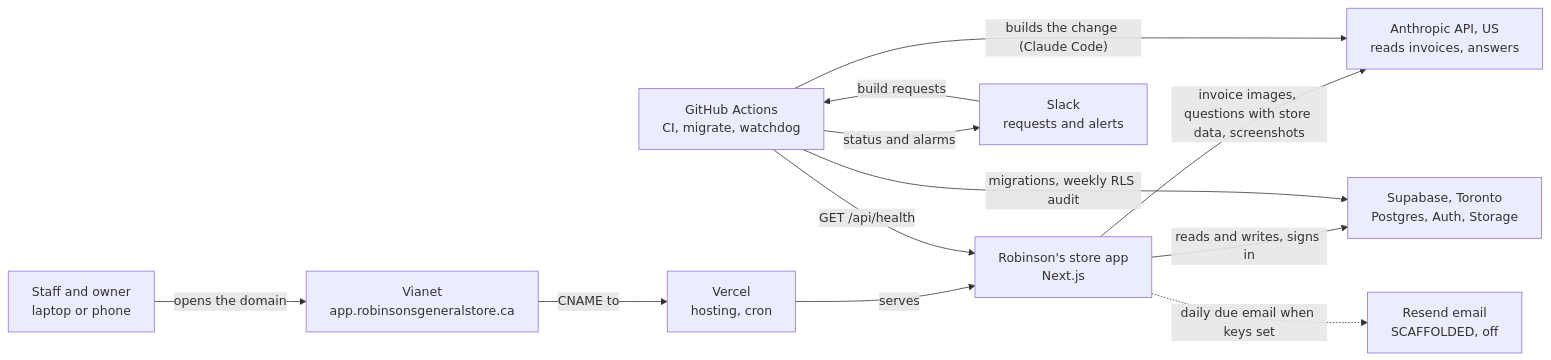
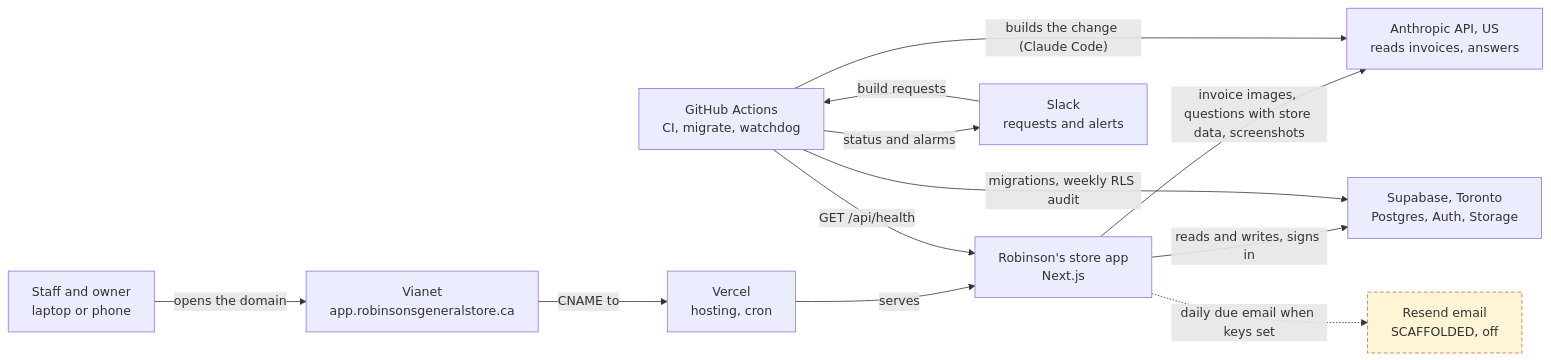
The first of 9 diagrams in docs/ARCHITECTURE.md (raviteja0012/robinsons-store), drawn with Mermaid before and after one commit. The commit also changed other lines of this file and 2 other files, not shown here.

First line of the commit message:
Add a target context, an AI enablement view and a colour key to the architecture doc

````diff
--- a/docs/ARCHITECTURE.md
+++ b/docs/ARCHITECTURE.md
@@ -48,23 +54,25 @@
 ```mermaid
 flowchart LR
   P["Staff and owner<br/>laptop or phone"]
   APP["Robinson's store app<br/>Next.js"]
   VER["Vercel<br/>hosting, cron"]
   SB["Supabase, Toronto<br/>Postgres, Auth, Storage"]
   AN["Anthropic API, US<br/>reads invoices, answers"]
   VIA["Vianet<br/>app.robinsonsgeneralstore.ca"]
   GH["GitHub Actions<br/>CI, migrate, watchdog"]
   SL["Slack<br/>requests and alerts"]
   RS["Resend email<br/>SCAFFOLDED, off"]
   P -- "opens the domain" --> VIA
   VIA -- "CNAME to" --> VER
   VER -- "serves" --> APP
   APP -- "reads and writes, signs in" --> SB
   APP -- "invoice images, questions with store data, screenshots" --> AN
   APP -. "daily due email when keys set" .-> RS
   SL -- "build requests" --> GH
   GH -- "builds the change (Claude Code)" --> AN
   GH -- "migrations, weekly RLS audit" --> SB
   GH -- "GET /api/health" --> APP
   GH -- "status and alarms" --> SL
+  classDef scaffolded fill:#fff4d6,stroke:#b7791f,stroke-dasharray:5 3
+  class RS scaffolded
 ```
````
